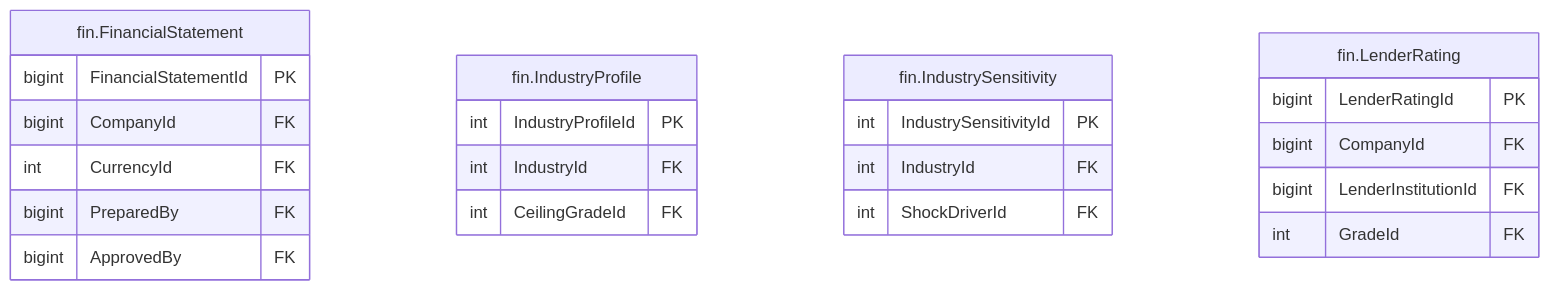
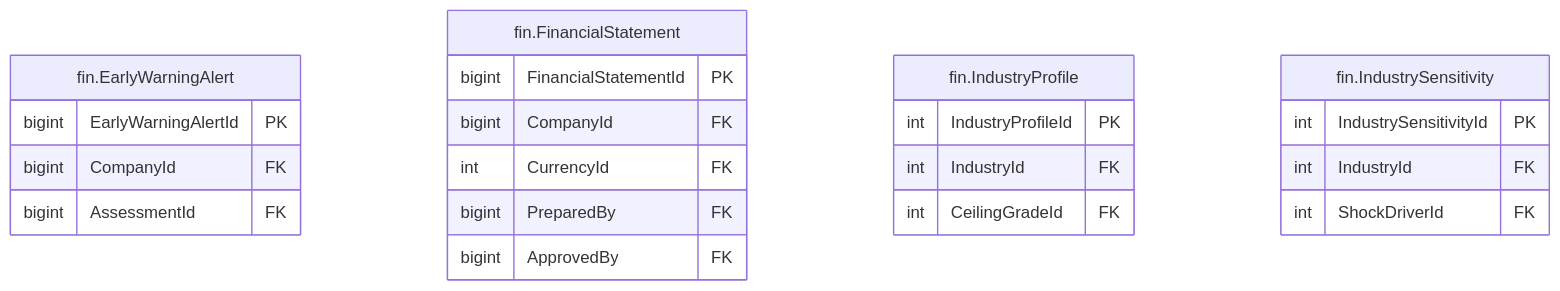
Before and after one commit to thawrasy/smartlines: the diagram in treasury-platform/docs/diagrams/erd/m5_financials_7.mmd, drawn with Mermaid. The commit also changed 183 other files, not shown here.

First line of the commit message:
Early warning job: notifications of lender dates not ready (ADR 0027)

```diff
--- a/treasury-platform/docs/diagrams/erd/m5_financials_7.mmd
+++ b/treasury-platform/docs/diagrams/erd/m5_financials_7.mmd
@@ -1,25 +1,24 @@
 %% م5 · البيانات المالية والأرصدة (7/14) — Financial statements & balances
 erDiagram
+  fin_EarlyWarningAlert["fin.EarlyWarningAlert"] {
+    bigint EarlyWarningAlertId PK
+    bigint CompanyId FK
+    bigint AssessmentId FK
+  }
   fin_FinancialStatement["fin.FinancialStatement"] {
     bigint FinancialStatementId PK
     bigint CompanyId FK
     int CurrencyId FK
     bigint PreparedBy FK
     bigint ApprovedBy FK
   }
   fin_IndustryProfile["fin.IndustryProfile"] {
     int IndustryProfileId PK
     int IndustryId FK
     int CeilingGradeId FK
   }
   fin_IndustrySensitivity["fin.IndustrySensitivity"] {
     int IndustrySensitivityId PK
     int IndustryId FK
     int ShockDriverId FK
   }
-  fin_LenderRating["fin.LenderRating"] {
-    bigint LenderRatingId PK
-    bigint CompanyId FK
-    bigint LenderInstitutionId FK
-    int GradeId FK
-  }
```
